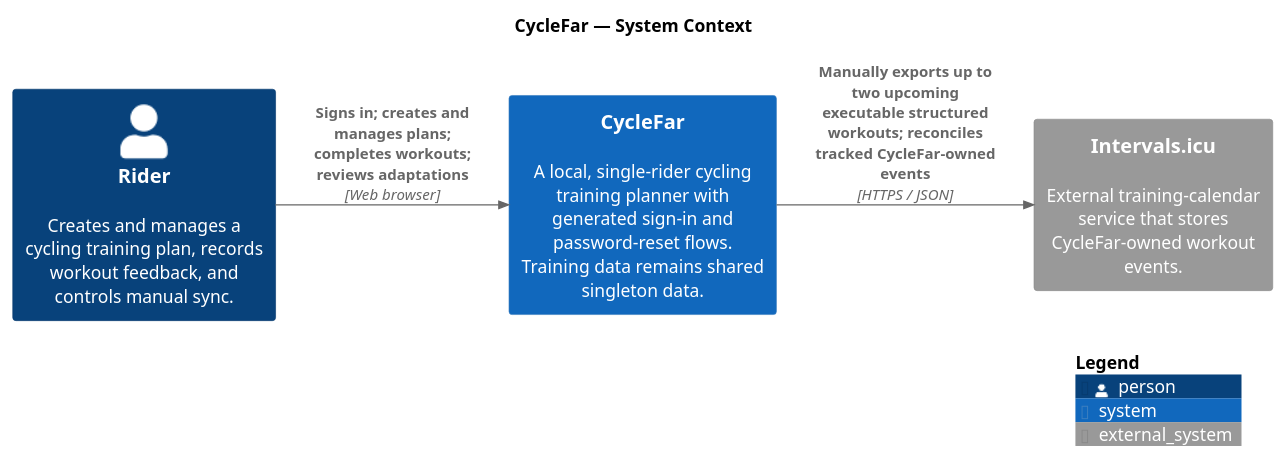
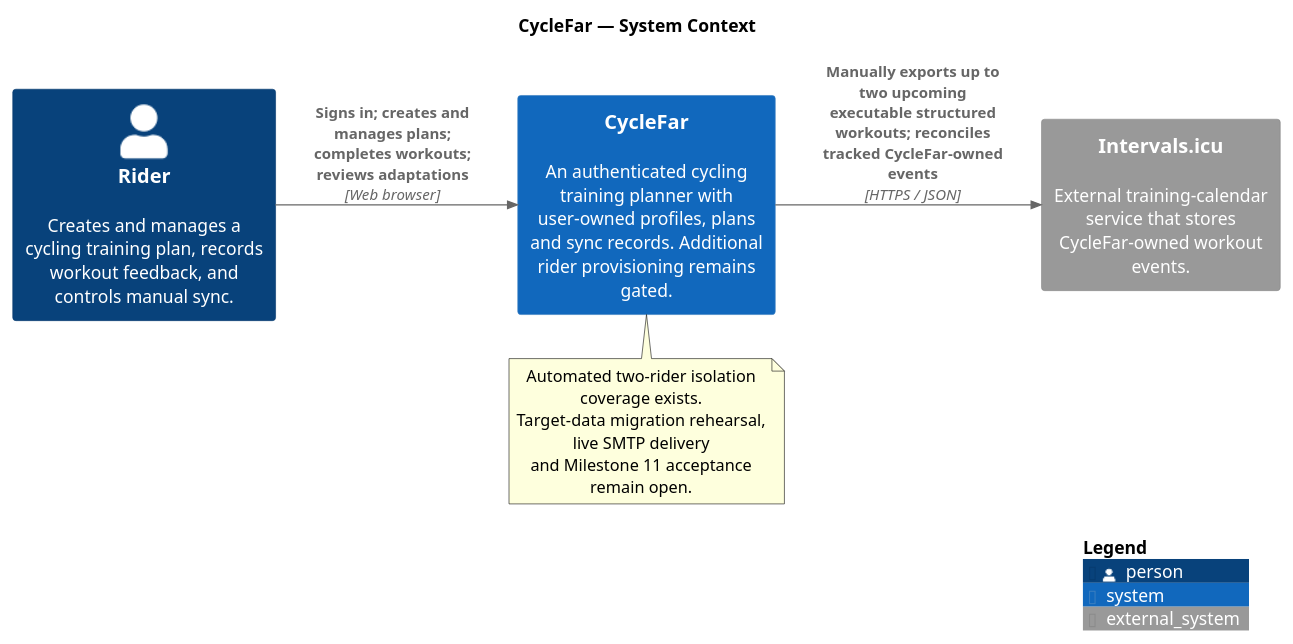
Before and after one commit to richardhartme/cyclefar: the diagram in docs/diagrams/cyclefar-system-context.puml, drawn with PlantUML. The commit also changed 18 other files, not shown here.

Commit message:
Refresh documentation and architecture diagrams

```diff
--- a/docs/diagrams/cyclefar-system-context.puml
+++ b/docs/diagrams/cyclefar-system-context.puml
@@ -1,19 +1,25 @@
 @startuml CycleFar System Context
-' Authentication updated against application source on 2026-09-27; scope and limitations: README.md
+' Ownership and account access checked on 2026-09-28; scope and limitations: README.md
 !include https://raw.githubusercontent.com/plantuml-stdlib/C4-PlantUML/master/C4_Context.puml
 
 title CycleFar — System Context
 
 LAYOUT_LEFT_RIGHT()
 
 Person(rider, "Rider", "Creates and manages a cycling training plan, records workout feedback, and controls manual sync.")
 
-System(cyclefar, "CycleFar", "A local, single-rider cycling training planner with generated sign-in and password-reset flows. Training data remains shared singleton data.")
+System(cyclefar, "CycleFar", "An authenticated cycling training planner with user-owned profiles, plans and sync records. Additional rider provisioning remains gated.")
 
 System_Ext(intervals_icu, "Intervals.icu", "External training-calendar service that stores CycleFar-owned workout events.")
 
 Rel(rider, cyclefar, "Signs in; creates and manages plans; completes workouts; reviews adaptations", "Web browser")
 Rel(cyclefar, intervals_icu, "Manually exports up to two upcoming executable structured workouts; reconciles tracked CycleFar-owned events", "HTTPS / JSON")
 
+note bottom of cyclefar
+  Automated two-rider isolation coverage exists.
+  Target-data migration rehearsal, live SMTP delivery
+  and Milestone 11 acceptance remain open.
+end note
+
 SHOW_LEGEND()
 @enduml
```
